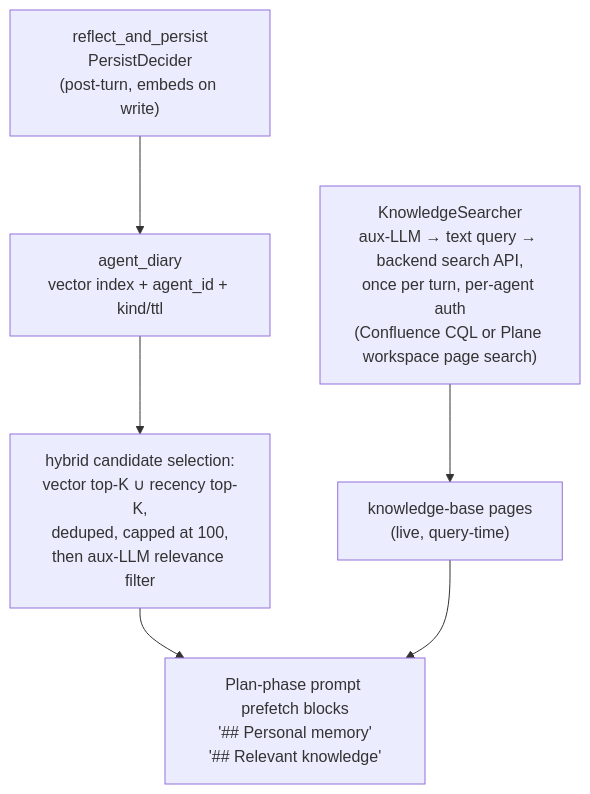
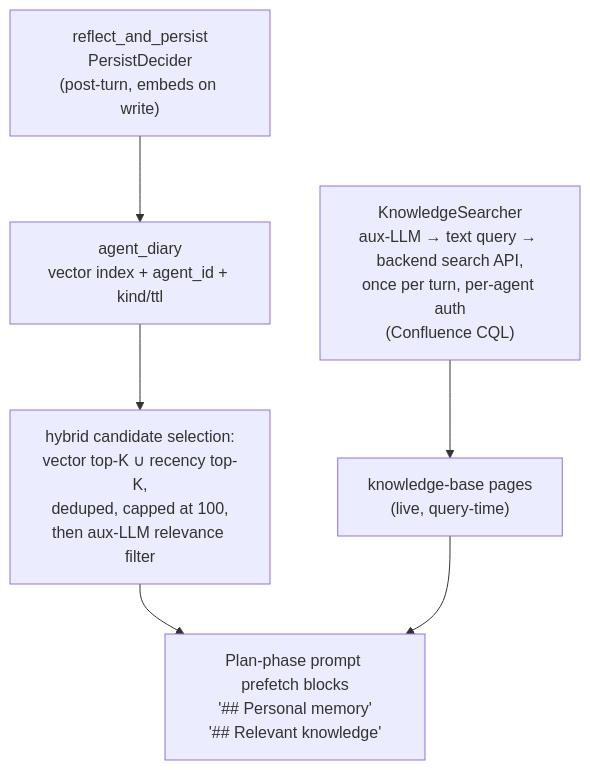
The diagram in docs/concepts/knowledge-system.md (crewlet/crewlet), drawn with Mermaid before and after one commit. The commit also changed other lines of this file and 36 other files, not shown here.

````diff
--- a/docs/concepts/knowledge-system.md
+++ b/docs/concepts/knowledge-system.md
@@ -14,11 +14,11 @@
 ```mermaid
 flowchart TD
     RP["reflect_and_persist<br/>PersistDecider<br/>(post-turn, embeds on write)"]
     DIARY["agent_diary<br/>vector index + agent_id + kind/ttl"]
     SEL["hybrid candidate selection:<br/>vector top-K ∪ recency top-K,<br/>deduped, capped at 100,<br/>then aux-LLM relevance filter"]
     PROMPT["Plan-phase prompt prefetch blocks<br/>'## Personal memory'<br/>'## Relevant knowledge'"]
     KB["knowledge-base pages<br/>(live, query-time)"]
-    KS["KnowledgeSearcher<br/>aux-LLM → text query → backend search API,<br/>once per turn, per-agent auth<br/>(Confluence CQL or Plane workspace page search)"]
+    KS["KnowledgeSearcher<br/>aux-LLM → text query → backend search API,<br/>once per turn, per-agent auth<br/>(Confluence CQL)"]
     RP --> DIARY --> SEL --> PROMPT
     KS --> KB --> PROMPT
 ```
````
